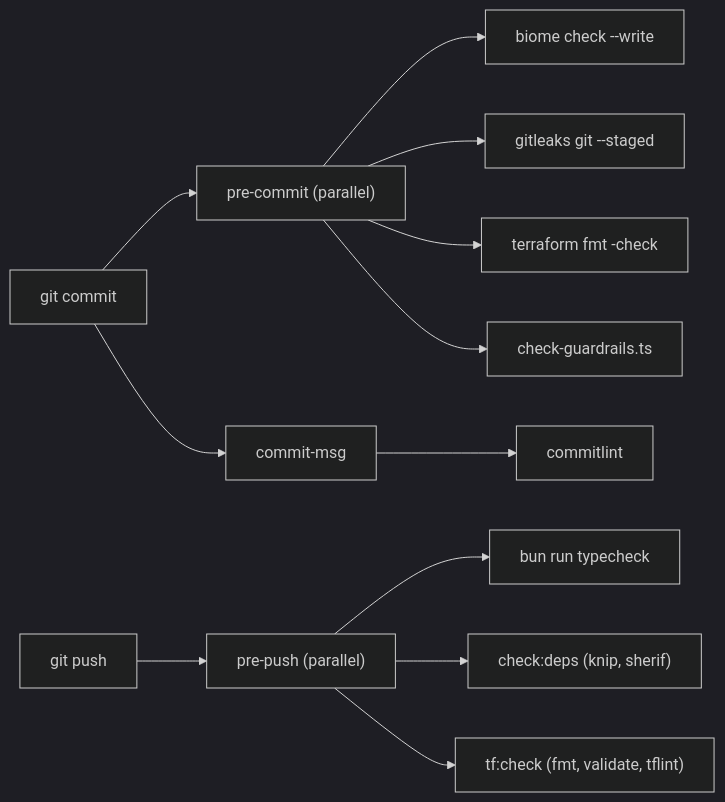
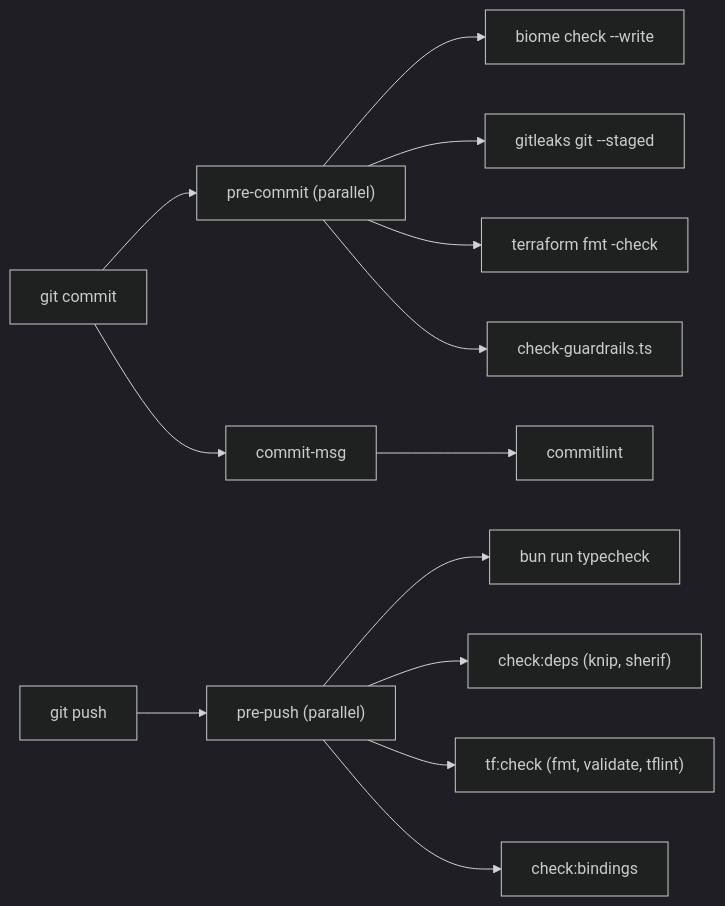
Before and after one commit to nsudhanva/rhumbatron: the diagram in docs/adr/0001-repository-tooling.md, drawn with Mermaid (dark theme). The commit also changed other lines of this file and 25 other files, not shown here.

````diff
--- a/docs/adr/0001-repository-tooling.md
+++ b/docs/adr/0001-repository-tooling.md
@@ -39,13 +42,14 @@
 ```mermaid
 flowchart LR
   commit["git commit"] --> pre["pre-commit (parallel)"]
   pre --> biome["biome check --write"]
   pre --> leaks["gitleaks git --staged"]
   pre --> tffmt["terraform fmt -check"]
   pre --> guard["check-guardrails.ts"]
   commit --> msg["commit-msg"] --> cl["commitlint"]
   push["git push"] --> prepush["pre-push (parallel)"]
   prepush --> tc["bun run typecheck"]
   prepush --> deps["check:deps (knip, sherif)"]
   prepush --> tfc["tf:check (fmt, validate, tflint)"]
+  prepush --> bind["check:bindings"]
 ```
````
